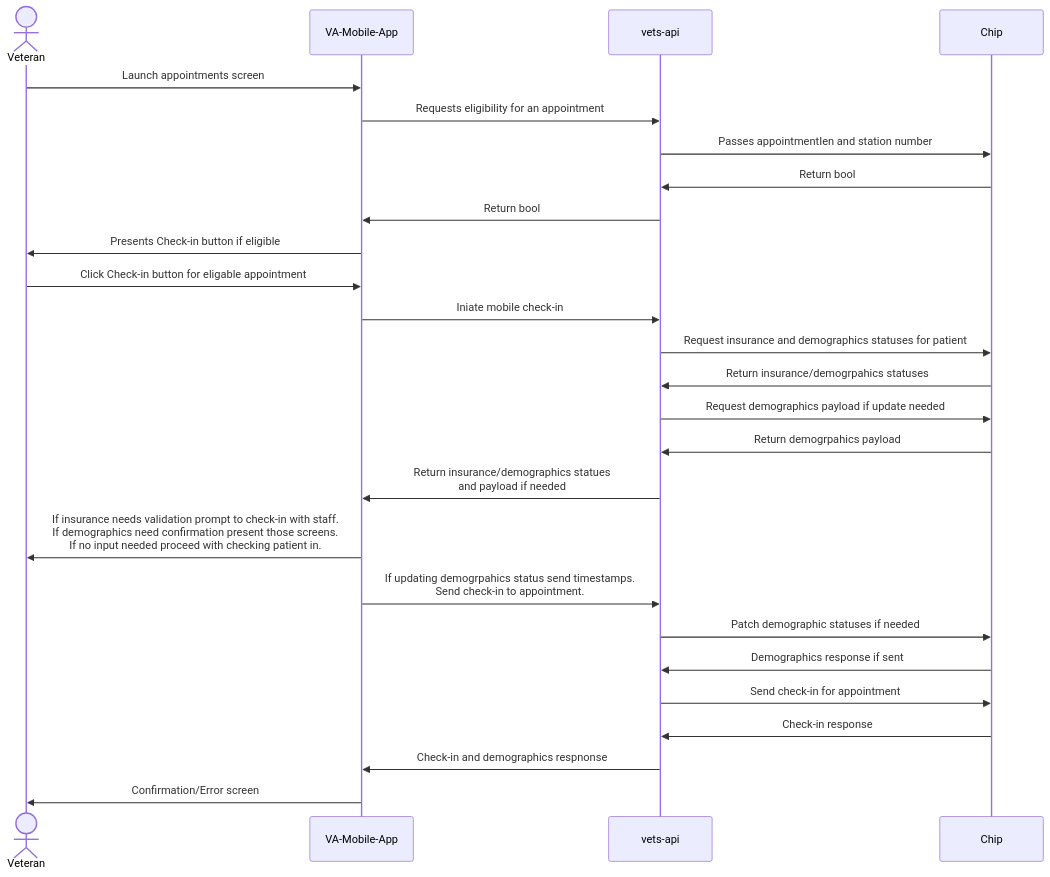
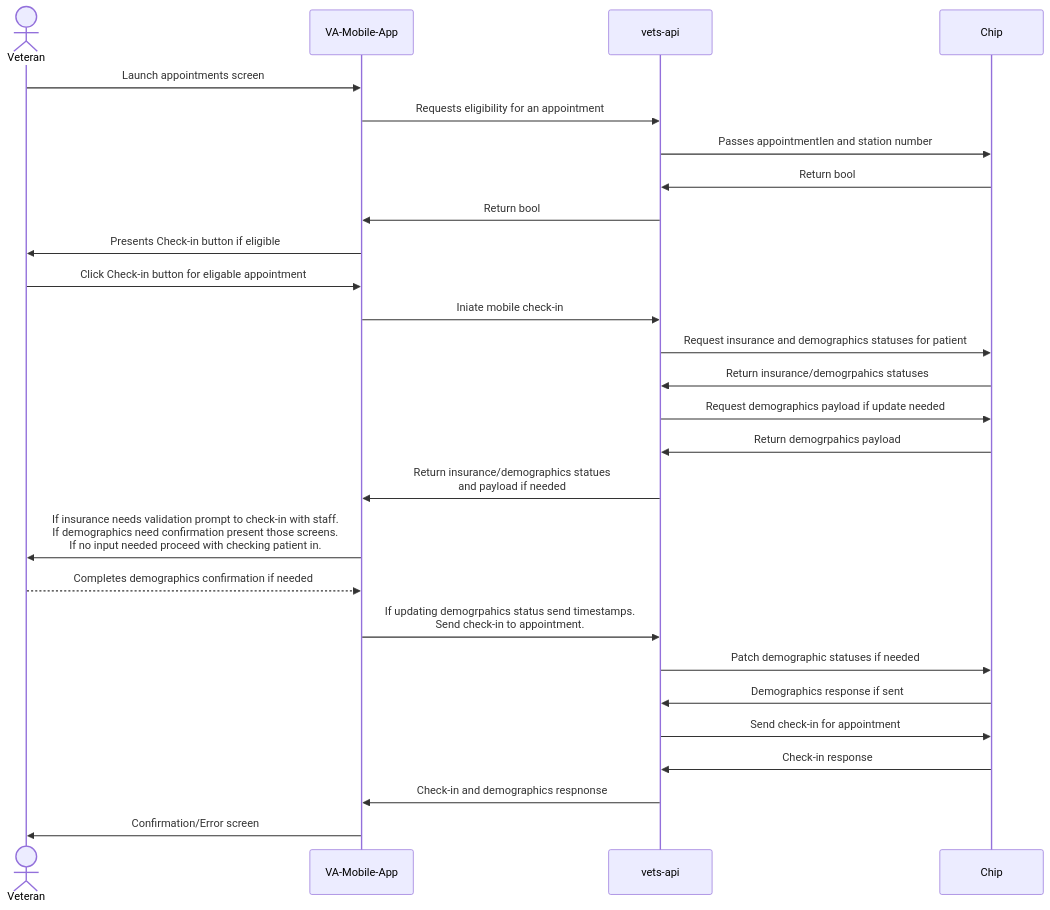
The diagram in products/health-care/checkin/engineering/full-auth-check-in/README.md (department-of-veterans-affairs/va.gov-team), drawn with Mermaid before and after one commit.

````diff
--- a/products/health-care/checkin/engineering/full-auth-check-in/README.md
+++ b/products/health-care/checkin/engineering/full-auth-check-in/README.md
@@ -15,29 +15,30 @@
 ```mermaid
 sequenceDiagram
     actor vet as Veteran
     participant vam as VA-Mobile-App
     participant va as vets-api
     participant chip as Chip
 
 	vet->>vam: Launch appointments screen
 	vam->>va: Requests eligibility for an appointment
     va->>chip: Passes appointmentIen and station number
     chip->>va: Return bool
     va->>vam: Return bool
     vam->>vet: Presents Check-in button if eligible
     vet->>vam: Click Check-in button for eligable appointment
     vam->>va: Iniate mobile check-in
     va->>chip: Request insurance and demographics statuses for patient
     chip->>va: Return insurance/demogrpahics statuses
     va->>chip: Request demographics payload if update needed
     chip->>va: Return demogrpahics payload
     va->>vam: Return insurance/demographics statues <br />and payload if needed
     vam->>vet: If insurance needs validation prompt to check-in with staff.<br /> If demographics need confirmation present those screens.<br /> If no input needed proceed with checking patient in.
+    vet-->>vam: Completes demographics confirmation if needed
     vam->>va: If updating demogrpahics status send timestamps.<br />Send check-in to appointment.
     va->>chip: Patch demographic statuses if needed
     chip->>va: Demographics response if sent
     va->>chip: Send check-in for appointment 
     chip->>va: Check-in response
     va->>vam: Check-in and demographics respnonse
     vam->>vet: Confirmation/Error screen
 ```
````
